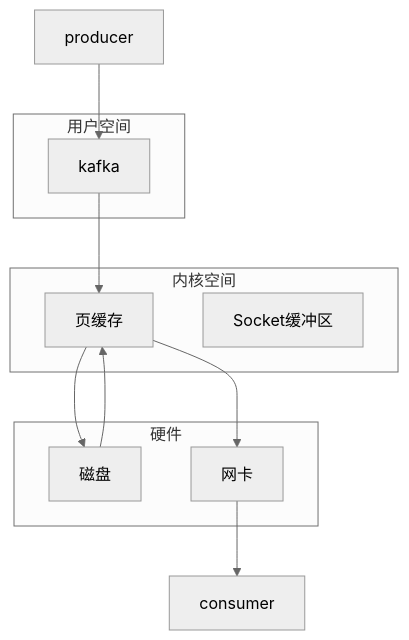
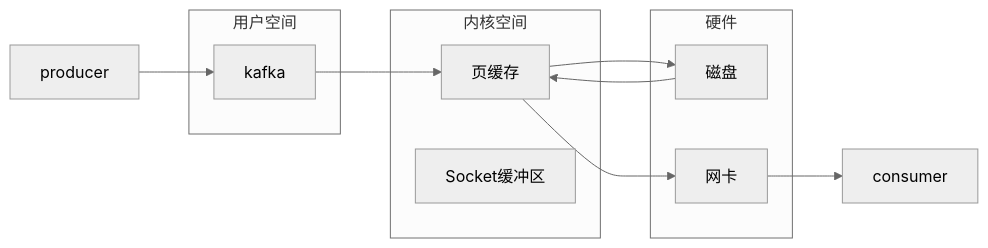
The second of 3 diagrams in interview/06 消息中间件.md (qingdog/my), drawn with Mermaid (neutral theme) before and after one commit. The commit also changed other lines of this file, not shown here.

````diff
--- a/interview/06 消息中间件.md
+++ b/interview/06 消息中间件.md
@@ -429,21 +460,21 @@
 ```mermaid
-flowchart TB
+flowchart LR
 
 producer --> kafka
 subgraph 用户空间
 kafka
 end
 
 subgraph 内核空间
 kafka --> 页缓存
 Socket缓冲区
 end
 
 subgraph 硬件
 磁盘 --> 页缓存
 页缓存 --> 磁盘
 页缓存 --> 网卡
 end
 
 网卡 --> consumer
 ```
````
